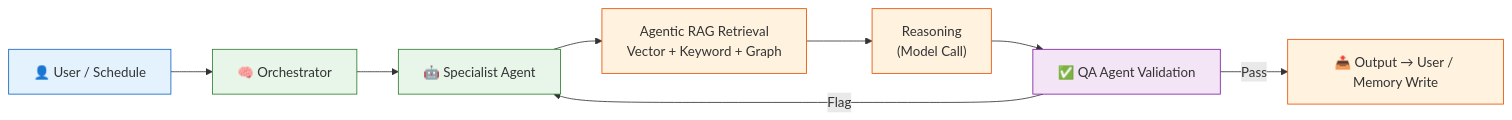
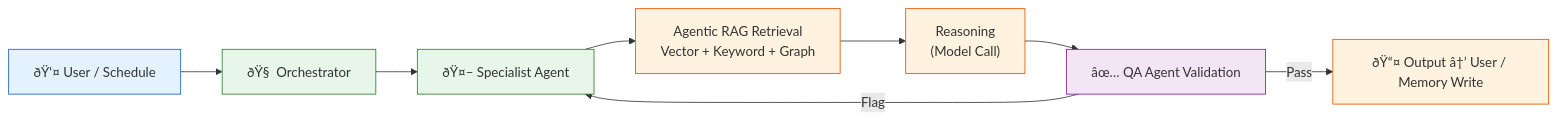
One commit to Driftloom/Vaeloom changed the first of 3 diagrams in Docs/AI/README.md. Above: the diagram before and after it, drawn with Mermaid. The commit also changed other lines of this file and 249 other files, not shown here.

````diff
--- a/Docs/AI/README.md
+++ b/Docs/AI/README.md
@@ -39,21 +39,21 @@
 ```mermaid
 graph LR
-    U["👤 User / Schedule"] --> O["🧠 Orchestrator"]
-    O --> SA["🤖 Specialist Agent"]
+    U["ðŸ‘¤ User / Schedule"] --> O["ðŸ§  Orchestrator"]
+    O --> SA["ðŸ¤– Specialist Agent"]
     SA --> RAG["Agentic RAG Retrieval<br/>Vector + Keyword + Graph"]
     RAG --> RE["Reasoning<br/>(Model Call)"]
-    RE --> QA["✅ QA Agent Validation"]
-    QA -->|Pass| OUT["📤 Output → User / Memory Write"]
+    RE --> QA["âœ… QA Agent Validation"]
+    QA -->|Pass| OUT["ðŸ“¤ Output â†’ User / Memory Write"]
     QA -->|Flag| SA
 
     classDef user fill:#e3f2fd,stroke:#1565c0
     classDef agent fill:#e8f5e9,stroke:#2e7d32
     classDef process fill:#fff3e0,stroke:#e65100
     classDef gate fill:#f3e5f5,stroke:#7b1fa2
 
     class U user
     class O,SA agent
     class RAG,RE process
     class QA gate
     class OUT process
 ```
````
